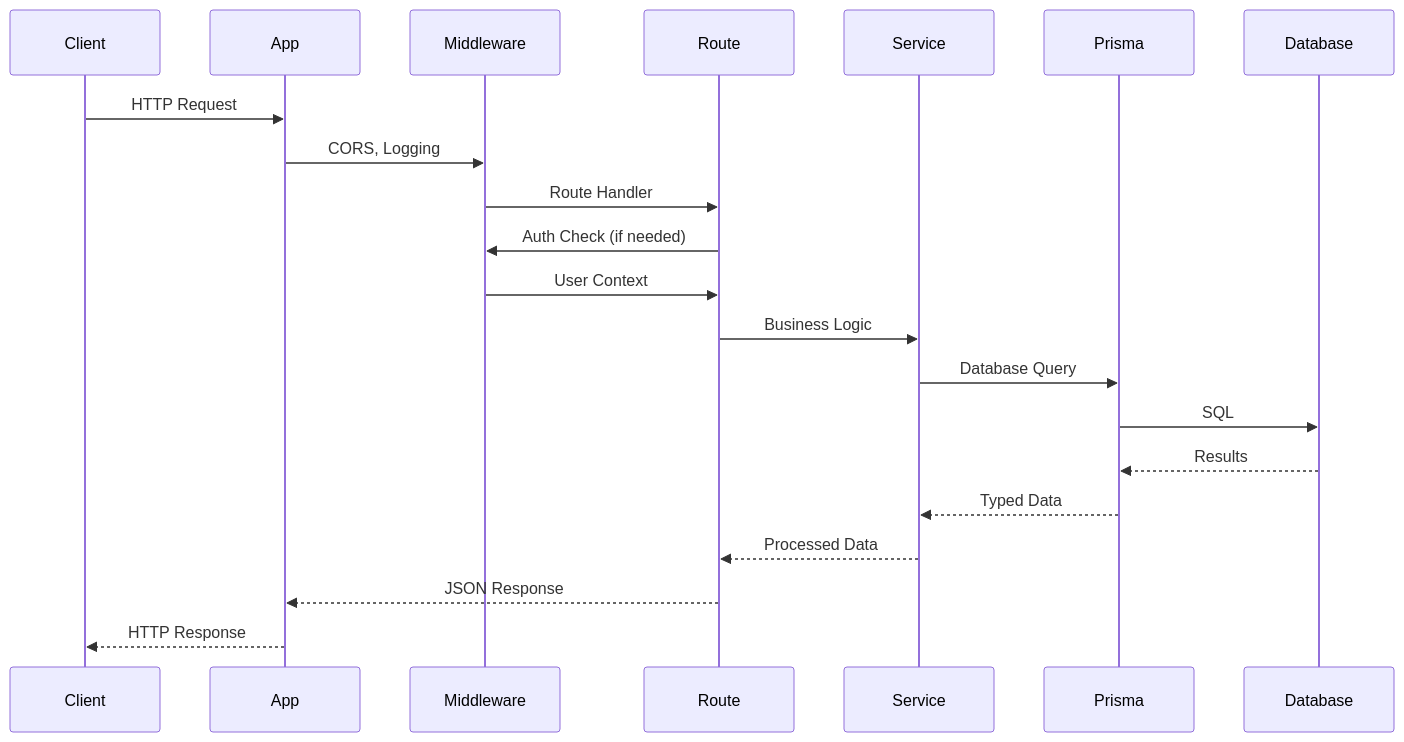
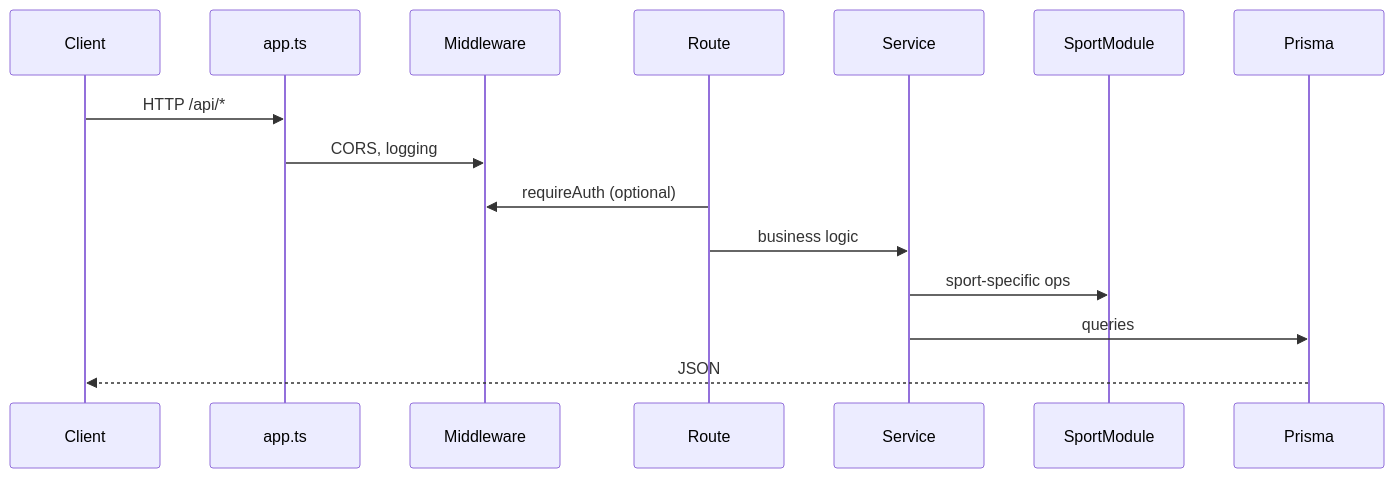
One commit to MagRelo/cut changed the first of 2 diagrams in spec/server/architecture.md. Above: the diagram before and after it, drawn with Mermaid. The commit also changed other lines of this file and 214 other files, not shown here.

First line of the commit message:
Refactor platform architecture and enhance contest functionality

````diff
--- a/spec/server/architecture.md
+++ b/spec/server/architecture.md
@@ -46,24 +5,18 @@
 ```mermaid
 sequenceDiagram
-    participant Client
-    participant App
-    participant Middleware
-    participant Route
-    participant Service
-    participant Prisma
-    participant Database
-    
-    Client->>App: HTTP Request
-    App->>Middleware: CORS, Logging
-    Middleware->>Route: Route Handler
-    Route->>Middleware: Auth Check (if needed)
-    Middleware->>Route: User Context
-    Route->>Service: Business Logic
-    Service->>Prisma: Database Query
-    Prisma->>Database: SQL
-    Database-->>Prisma: Results
-    Prisma-->>Service: Typed Data
-    Service-->>Route: Processed Data
-    Route-->>App: JSON Response
-    App-->>Client: HTTP Response
+  participant Client
+  participant Hono as app.ts
+  participant MW as Middleware
+  participant Route
+  participant Svc as Service
+  participant Plugin as SportModule
+  participant DB as Prisma
+
+  Client->>Hono: HTTP /api/*
+  Hono->>MW: CORS, logging
+  Route->>MW: requireAuth (optional)
+  Route->>Svc: business logic
+  Svc->>Plugin: sport-specific ops
+  Svc->>DB: queries
+  DB-->>Client: JSON
 ```
````
